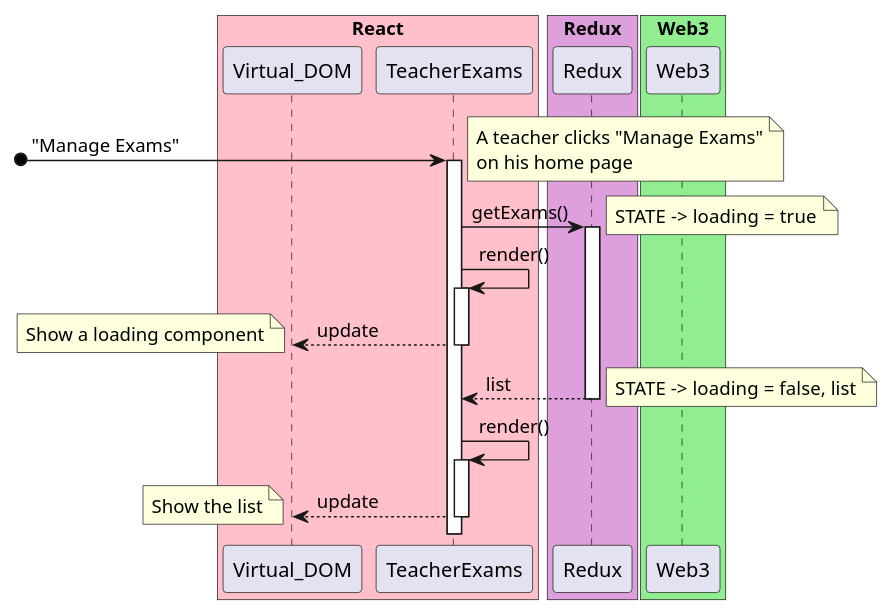
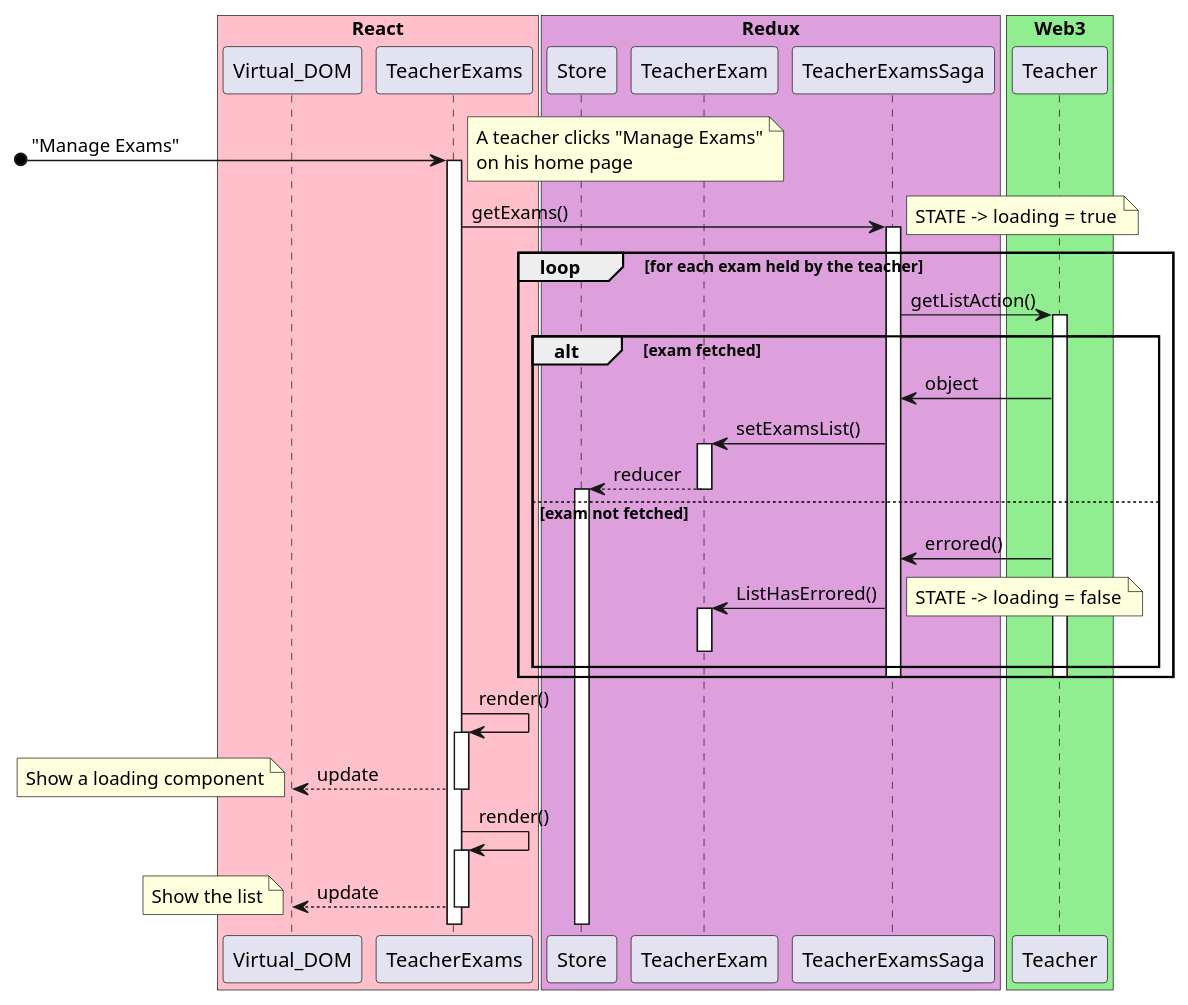
One commit to M9k/Marvin-Uml changed the diagram in sequenza/takeinfo.puml. Above: the diagram before and after it, drawn with PlantUML.

Commit message:
takeInfo parte Redux

```diff
--- a/sequenza/takeinfo.puml
+++ b/sequenza/takeinfo.puml
@@ -1,45 +1,67 @@
 @startuml
 
 box "React" #Pink
 participant Virtual_DOM
 participant TeacherExams
 end box
 
 box "Redux" #Plum
-participant Redux
+participant Store
+participant TeacherExam
+participant TeacherExamsSaga
 end box
 
 box "Web3" #LightGreen
-participant Web3
+participant Teacher
 end box
 
 [o-> TeacherExams: "Manage Exams"
 note left: A teacher clicks "Manage Exams"\non his home page
 activate TeacherExams
 
-TeacherExams -> Redux: getExams()
-activate Redux
+TeacherExams -> TeacherExamsSaga: getExams()
+activate TeacherExamsSaga
 note right: STATE -> loading = true
+
+loop for each exam held by the teacher
+TeacherExamsSaga -> Teacher: getListAction()
+activate Teacher
+    alt exam fetched
+        Teacher -> TeacherExamsSaga: object
+        TeacherExamsSaga -> TeacherExam : setExamsList()
+        activate TeacherExam
+        TeacherExam --> Store: reducer
+        deactivate TeacherExam
+
+        activate Store
+        deactivate Store
+    else exam not fetched
+        Teacher -> TeacherExamsSaga: errored()
+        TeacherExamsSaga -> TeacherExam : ListHasErrored()
+        activate TeacherExam
+        deactivate TeacherExam
+        note right: STATE -> loading = false
+
+    end
+    deactivate Teacher
+    deactivate TeacherExamsSaga
+end
 
 TeacherExams -> TeacherExams: render()
 activate TeacherExams
 
 TeacherExams --> Virtual_DOM: update
 note left: Show a loading component
 deactivate TeacherExams
-
-Redux --> TeacherExams: list
-deactivate Redux
-note right: STATE -> loading = false, list
 
 TeacherExams -> TeacherExams: render()
 activate TeacherExams
 
 TeacherExams --> Virtual_DOM: update
 note left: Show the list
 
 
 deactivate TeacherExams
 
 
 @enduml
```
